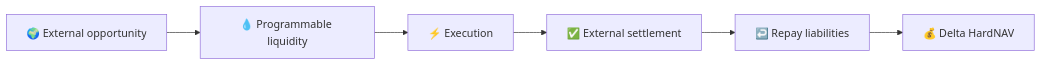
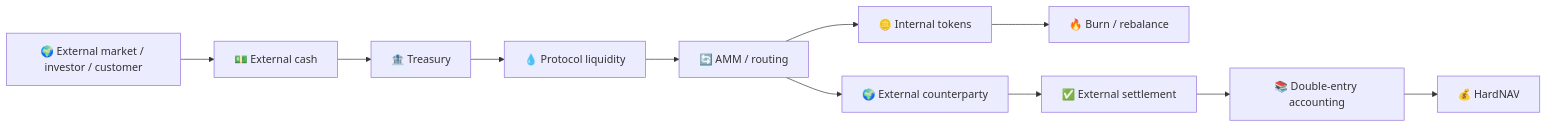
One commit to Shtenco/print_money_synergychain changed the diagram in README.md. Above: the diagram before and after it, drawn with Mermaid. The commit also changed other lines of this file, not shown here.

Commit message:
docs: rebuild monetary R&D README around HardNAV evidence

````diff
--- a/README.md
+++ b/README.md
@@ -21,8 +76,13 @@
 ```mermaid
 flowchart LR
-    EXT[🌍 External opportunity] --> LIQ[💧 Programmable liquidity]
-    LIQ --> EXEC[⚡ Execution]
-    EXEC --> SETTLE[✅ External settlement]
-    SETTLE --> REPAY[↩️ Repay liabilities]
-    REPAY --> NAV[💰 Delta HardNAV]
+    EXT[🌍 External market / investor / customer] --> CASH[💵 External cash]
+    CASH --> TREAS[🏦 Treasury]
+    TREAS --> POOL[💧 Protocol liquidity]
+    POOL --> AMM[🔄 AMM / routing]
+    AMM --> EXT2[🌍 External counterparty]
+    AMM --> INT[🪙 Internal tokens]
+    INT --> BURN[🔥 Burn / rebalance]
+    EXT2 --> SETTLE[✅ External settlement]
+    SETTLE --> LEDGER[📚 Double-entry accounting]
+    LEDGER --> NAV[💰 HardNAV]
 ```
````
